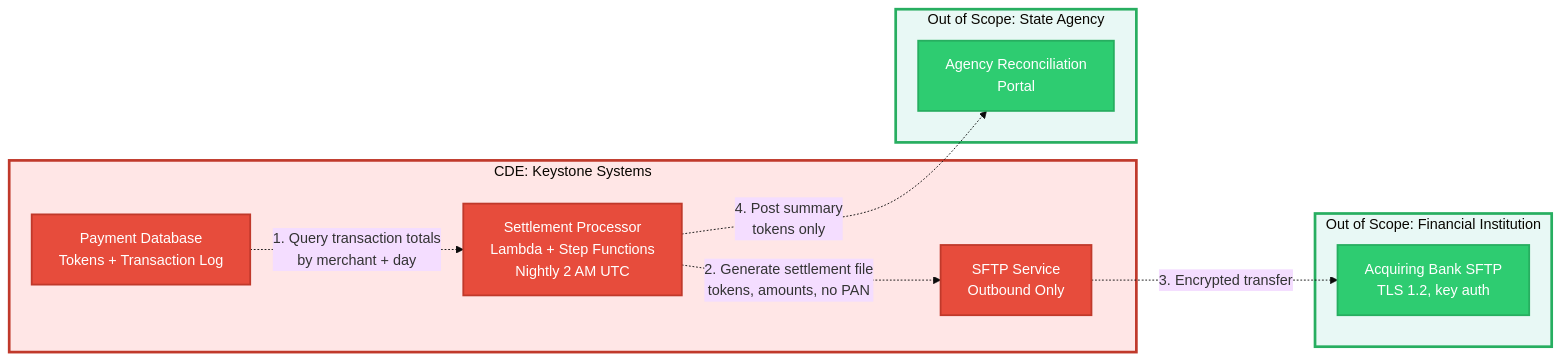
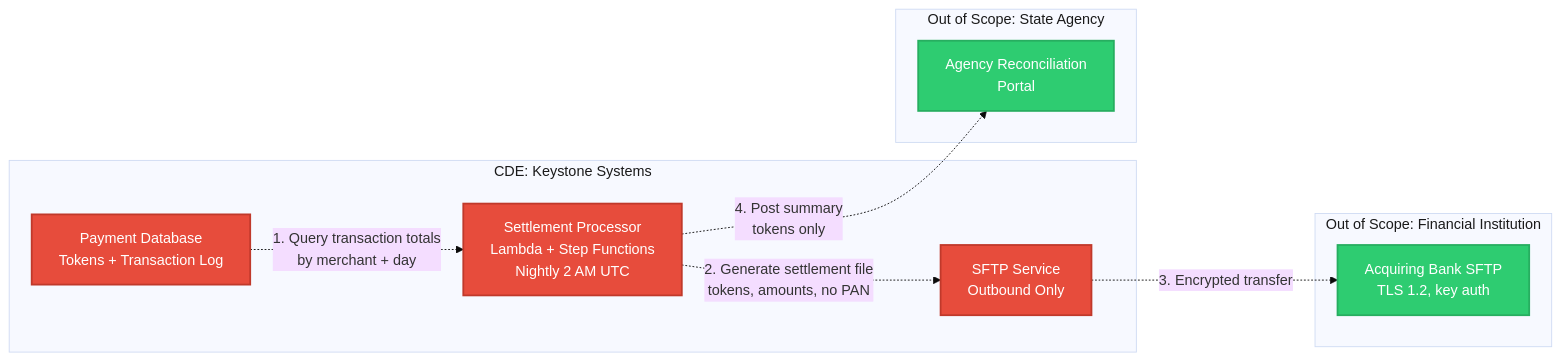
Before and after one commit to Josephkamara/audit-defense-portfolio: the second of 3 diagrams in projects/payment-processor-compliance-program/01-scoping/cardholder-data-flow.md, drawn with Mermaid (base theme). The commit also changed other lines of this file, not shown here.

First line of the commit message:
Fix Flow 1 layout and dark theme subgraph titles

````diff
--- a/projects/payment-processor-compliance-program/01-scoping/cardholder-data-flow.md
+++ b/projects/payment-processor-compliance-program/01-scoping/cardholder-data-flow.md
@@ -80,33 +89,37 @@
 ```mermaid
 graph LR
     subgraph cde2["CDE: Keystone Systems"]
         A["Payment Database<br/>Tokens + Transaction Log"]
         B["Settlement Processor<br/>Lambda + Step Functions<br/>Nightly 2 AM UTC"]
         C["SFTP Service<br/>Outbound Only"]
     end
     
     subgraph bank2["Out of Scope: Financial Institution"]
         D["Acquiring Bank SFTP<br/>TLS 1.2, key auth"]
     end
     
     subgraph agency2["Out of Scope: State Agency"]
         E["Agency Reconciliation<br/>Portal"]
     end
     
     A -.->|"1. Query transaction totals<br/>by merchant + day"| B
     B -.->|"2. Generate settlement file<br/>tokens, amounts, no PAN"| C
     C -.->|"3. Encrypted transfer"| D
     B -.->|"4. Post summary<br/>tokens only"| E
     
     classDef cdeNode fill:#e74c3c,stroke:#c0392b,stroke-width:2px,color:#fff
     classDef outOfScopeNode fill:#2ecc71,stroke:#27ae60,stroke-width:2px,color:#fff
     
     class A,B,C cdeNode
     class D,E outOfScopeNode
     
     classDef cdeSubgraph fill:#ffe6e6,stroke:#c0392b,stroke-width:3px
     classDef outOfScopeSubgraph fill:#e8f8f5,stroke:#27ae60,stroke-width:3px
     
     class cde2 cdeSubgraph
     class bank2,agency2 outOfScopeSubgraph
+    
+    style cde2 color:#1a1a1a
+    style bank2 color:#1a1a1a
+    style agency2 color:#1a1a1a
 ```
````
